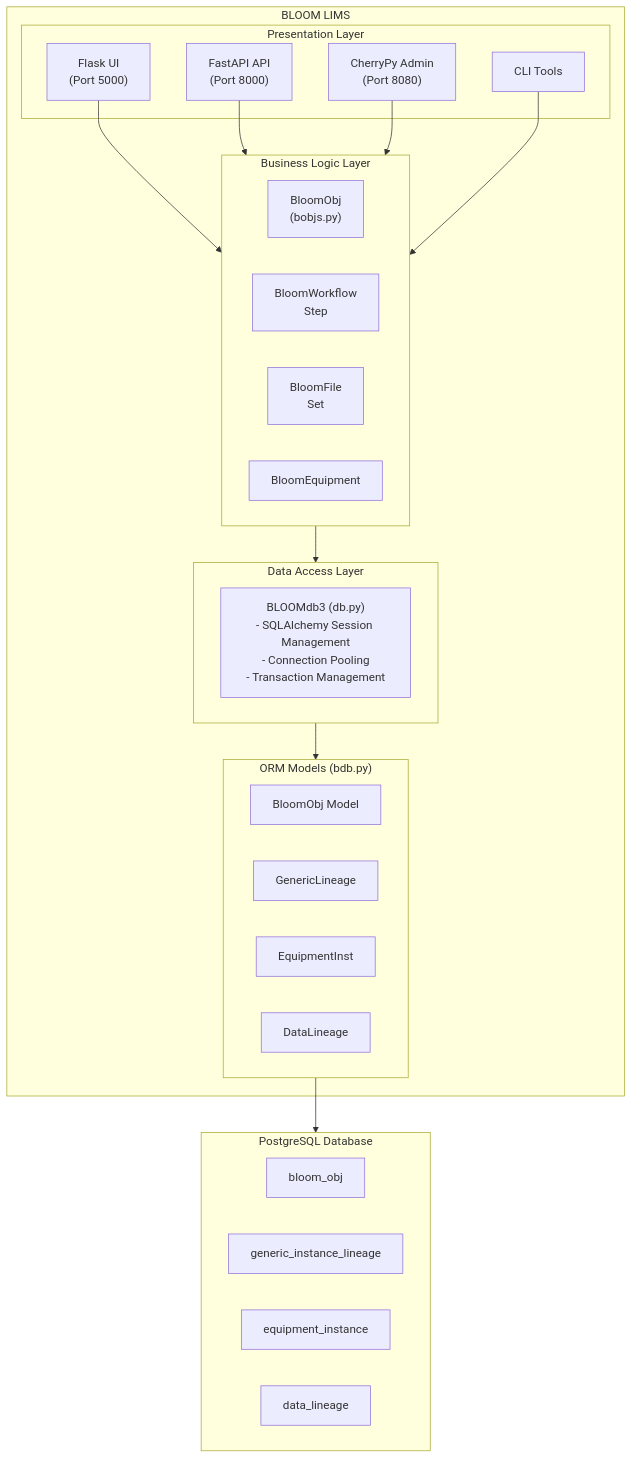
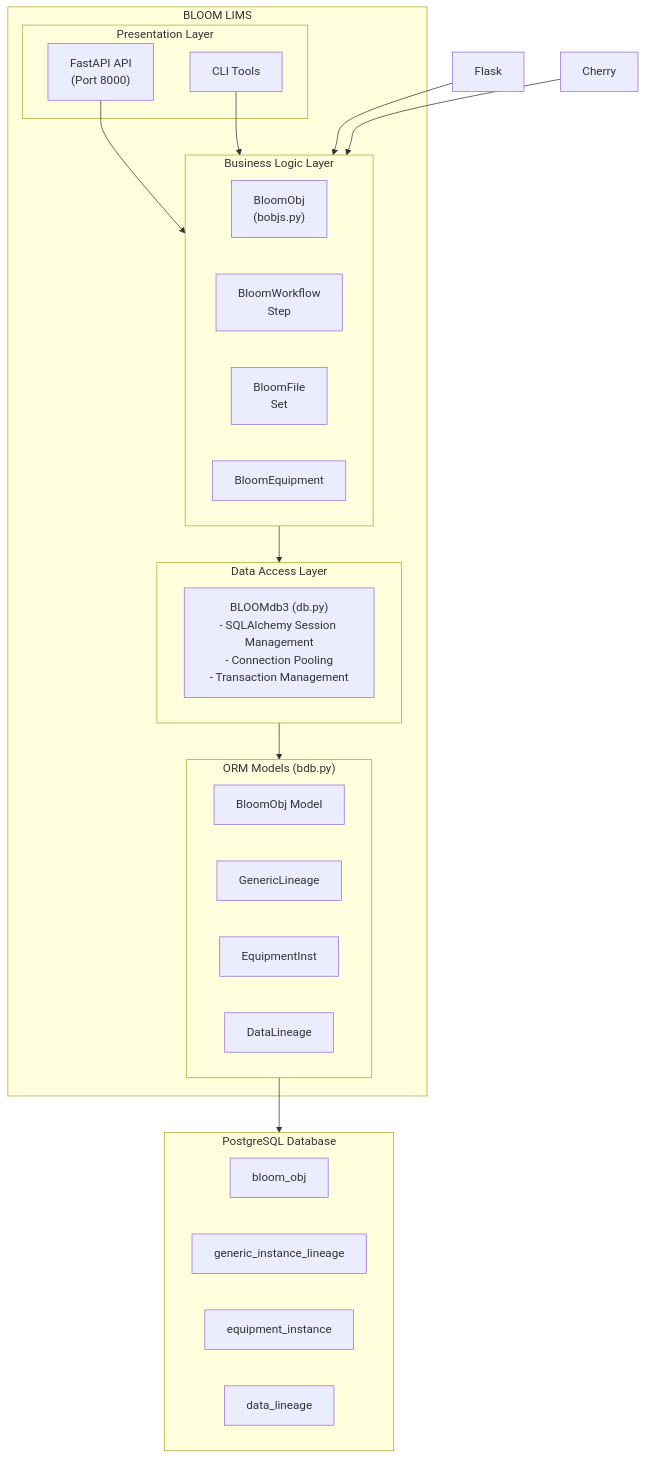
Before and after one commit to Daylily-Informatics/bloom: the first of 2 diagrams in README.md, drawn with Mermaid.

Commit message:
Update LIMS architecture diagram in README
Removed Flask UI and CherryPy Admin from the diagram.

````diff
--- a/README.md
+++ b/README.md
@@ -193,44 +193,42 @@
 ```mermaid
 flowchart TB
     subgraph BLOOM["BLOOM LIMS"]
         subgraph Presentation["Presentation Layer"]
-            Flask["Flask UI<br/>(Port 5000)"]
             FastAPI["FastAPI API<br/>(Port 8000)"]
-            Cherry["CherryPy Admin<br/>(Port 8080)"]
             CLI["CLI Tools"]
         end
 
         subgraph Business["Business Logic Layer"]
             BloomObj["BloomObj<br/>(bobjs.py)"]
             BloomWF["BloomWorkflow<br/>Step"]
             BloomFile["BloomFile<br/>Set"]
             BloomEquip["BloomEquipment"]
         end
 
         subgraph DataAccess["Data Access Layer"]
             BLOOMdb3["BLOOMdb3 (db.py)<br/>- SQLAlchemy Session Management<br/>- Connection Pooling<br/>- Transaction Management"]
         end
 
         subgraph ORM["ORM Models (bdb.py)"]
             BloomObjModel["BloomObj Model"]
             GenericLineage["GenericLineage"]
             EquipmentInst["EquipmentInst"]
             DataLineage["DataLineage"]
         end
     end
 
     subgraph DB["PostgreSQL Database"]
         bloom_obj["bloom_obj"]
         generic_lineage["generic_instance_lineage"]
         equipment["equipment_instance"]
         data_lineage["data_lineage"]
     end
 
     Flask --> Business
     FastAPI --> Business
     Cherry --> Business
     CLI --> Business
     Business --> DataAccess
     DataAccess --> ORM
     ORM --> DB
 ```
````
